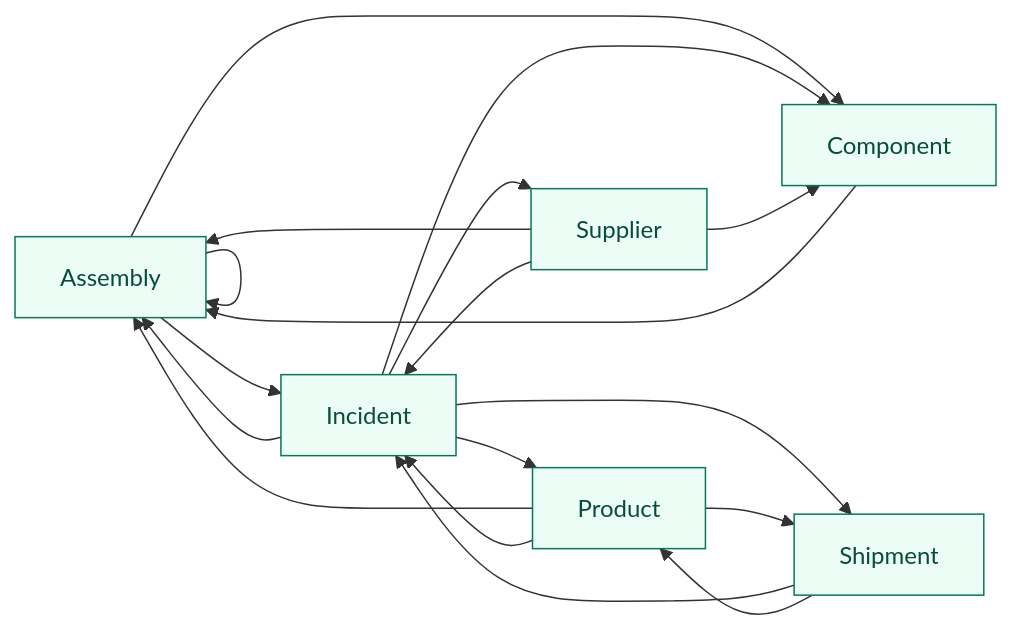
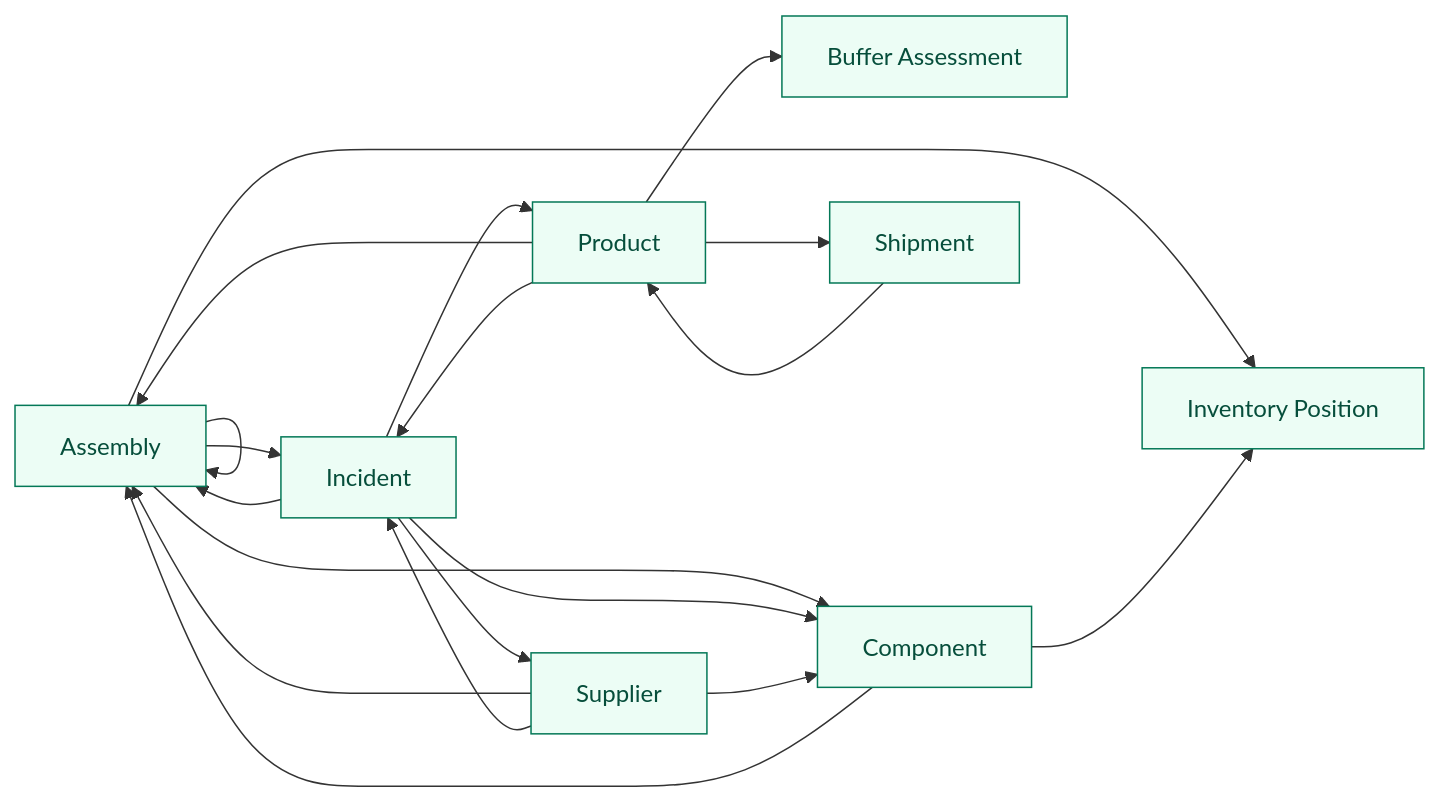
The third of 3 diagrams in kits/supply-chain-blast-radius/README.md (cruxible-ai/cruxible), drawn with Mermaid before and after one commit. The commit also changed other lines of this file and 10 other files, not shown here.

````diff
--- a/kits/supply-chain-blast-radius/README.md
+++ b/kits/supply-chain-blast-radius/README.md
@@ -198,29 +264,32 @@
 ```mermaid
 flowchart LR
   classDef queryEntity fill:#ecfdf5,stroke:#047857,color:#064e3b
 
   query_entity_Assembly["Assembly"]
+  query_entity_BufferAssessment["Buffer Assessment"]
   query_entity_Component["Component"]
   query_entity_Incident["Incident"]
+  query_entity_InventoryPosition["Inventory Position"]
   query_entity_Product["Product"]
   query_entity_Shipment["Shipment"]
   query_entity_Supplier["Supplier"]
-  class query_entity_Assembly,query_entity_Component,query_entity_Incident,query_entity_Product,query_entity_Shipment,query_entity_Supplier queryEntity
+  class query_entity_Assembly,query_entity_BufferAssessment,query_entity_Component,query_entity_Incident,query_entity_InventoryPosition,query_entity_Product,query_entity_Shipment,query_entity_Supplier queryEntity
   query_entity_Assembly --> query_entity_Assembly
   query_entity_Assembly --> query_entity_Component
   query_entity_Assembly --> query_entity_Incident
+  query_entity_Assembly --> query_entity_InventoryPosition
   query_entity_Component --> query_entity_Assembly
+  query_entity_Component --> query_entity_InventoryPosition
   query_entity_Incident --> query_entity_Assembly
   query_entity_Incident --> query_entity_Component
   query_entity_Incident --> query_entity_Product
-  query_entity_Incident --> query_entity_Shipment
   query_entity_Incident --> query_entity_Supplier
   query_entity_Product --> query_entity_Assembly
+  query_entity_Product --> query_entity_BufferAssessment
   query_entity_Product --> query_entity_Incident
   query_entity_Product --> query_entity_Shipment
-  query_entity_Shipment --> query_entity_Incident
   query_entity_Shipment --> query_entity_Product
   query_entity_Supplier --> query_entity_Assembly
   query_entity_Supplier --> query_entity_Component
   query_entity_Supplier --> query_entity_Incident
 ```
````
